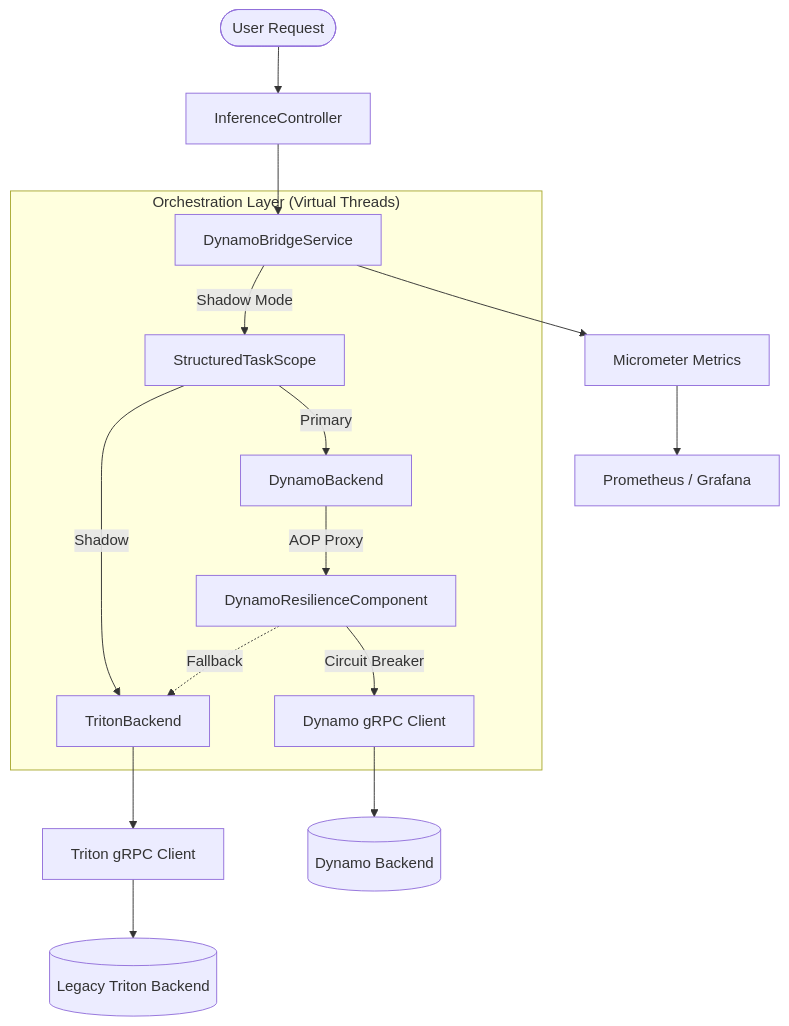
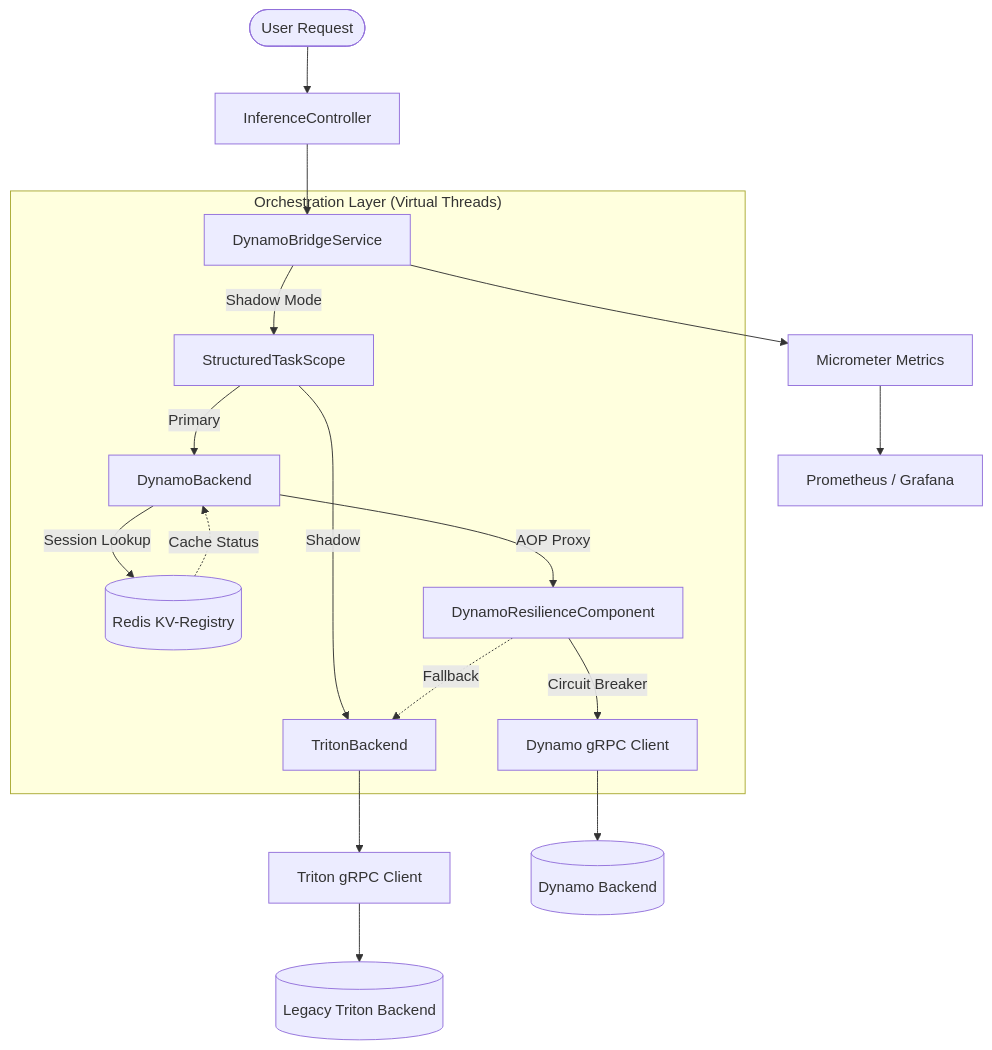
Before and after one commit to developertogo/velo-sentinel: the diagram in README.md, drawn with Mermaid. The commit also changed other lines of this file and 21 other files, not shown here.

````diff
--- a/README.md
+++ b/README.md
@@ -24,23 +26,26 @@
 ```mermaid
 graph TD
     User([User Request]) --> Controller[InferenceController]
     Controller --> Bridge[DynamoBridgeService]
     
     subgraph "Orchestration Layer (Virtual Threads)"
         Bridge -->|Shadow Mode| TaskScope[StructuredTaskScope]
         TaskScope -->|Primary| Dynamo[DynamoBackend]
         TaskScope -->|Shadow| Triton[TritonBackend]
+        
+        Dynamo -->|Session Lookup| Redis[(Redis KV-Registry)]
+        Redis -.->|Cache Status| Dynamo
         
         Dynamo -->|AOP Proxy| RC[DynamoResilienceComponent]
         RC -->|Circuit Breaker| D_GRPC[Dynamo gRPC Client]
         RC -.->|Fallback| Triton
     end
     
     Triton --> T_GRPC[Triton gRPC Client]
     
     D_GRPC --> DB[(Dynamo Backend)]
     T_GRPC --> TB[(Legacy Triton Backend)]
     
     Bridge --> Metrics[Micrometer Metrics]
     Metrics --> Prometheus[Prometheus / Grafana]
 ```
````
